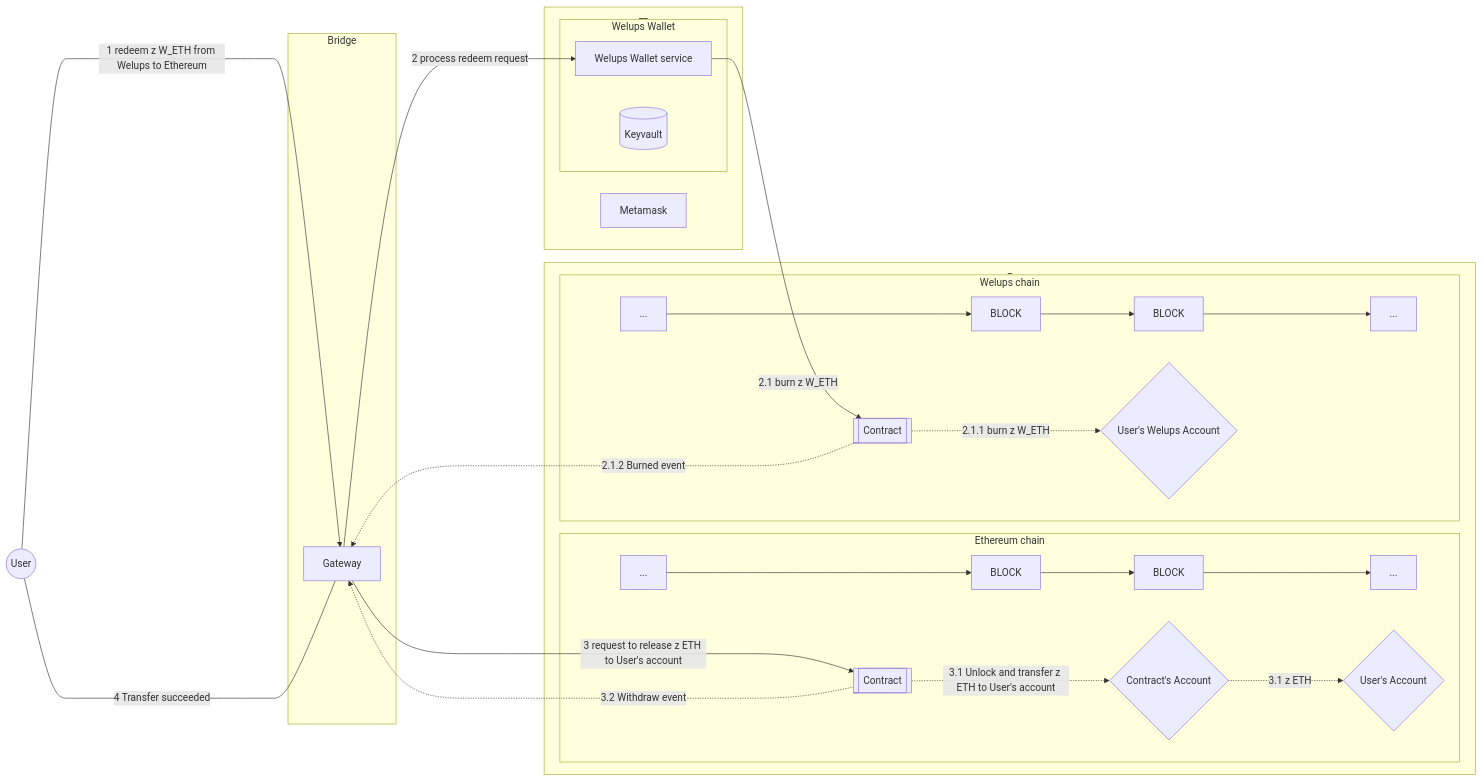
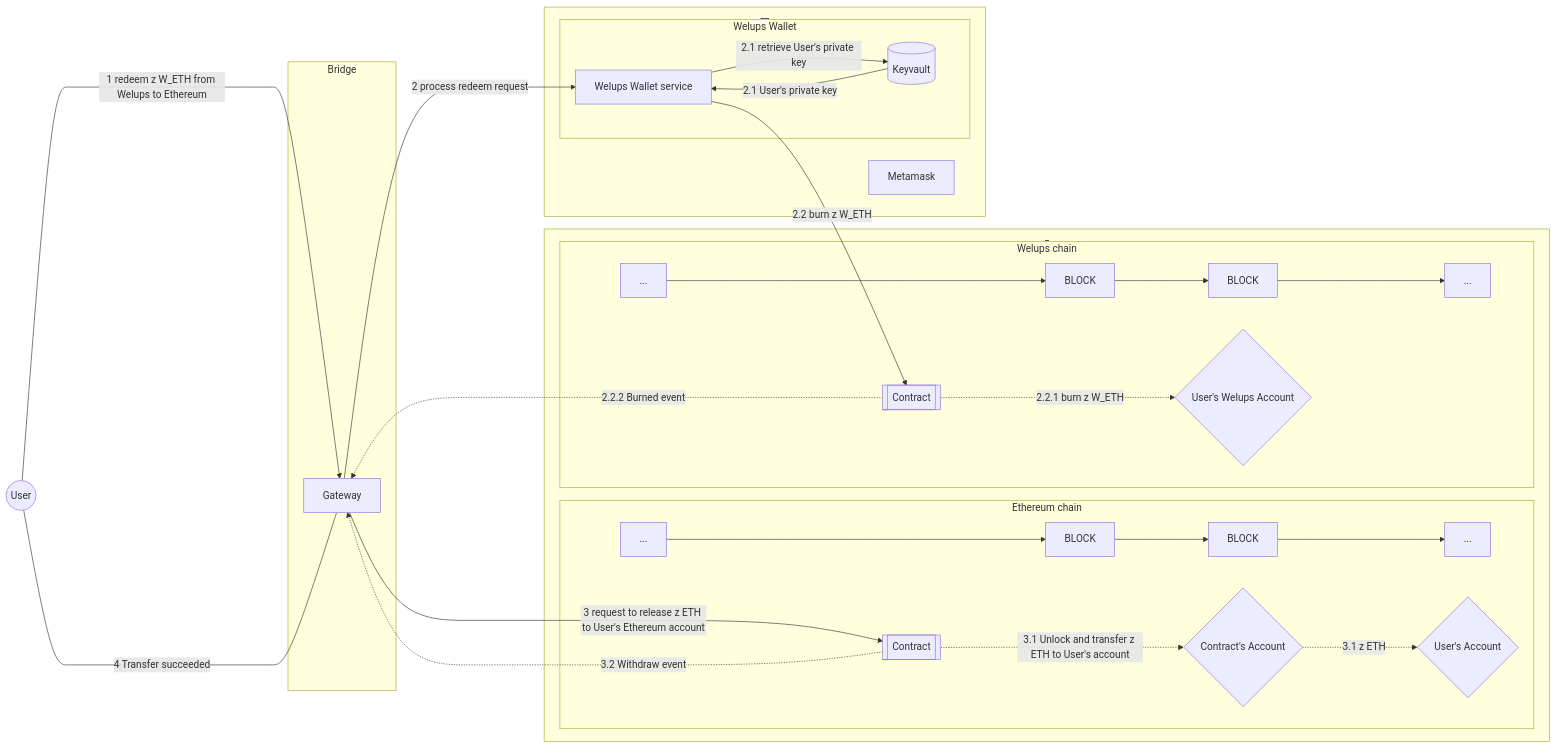
Before and after one commit to nhatanh002/bridges-plan: the diagram in chart-sources/release-eth.mermaid, drawn with Mermaid. The commit also changed 1 other file, not shown here.

Commit message:
Edited release chart

```diff
--- a/chart-sources/release-eth.mermaid
+++ b/chart-sources/release-eth.mermaid
@@ -1,42 +1,44 @@
 graph LR
     User((User )) 
     subgraph BRD [Bridge]
 
     G[Gateway]
          
     end
     subgraph _   
 
     subgraph ETH [Ethereum chain]
      Head1[...]--->A1[BLOCK]-->B1[BLOCK]--->Tail1[...]    
      C1[[Contract]]
      W1{User's Account}
      W2{Contract's Account}          
     end
 
     subgraph WEL [Welups chain]
      Head2[...]--->A2[BLOCK]-->B2[BLOCK]--->Tail2[...]
      C2[[Contract]]
      W3{User's Welups Account}
     end
     end
     subgraph __
      MM[Metamask]
      subgraph WWS[Welups Wallet]
        WW[Welups Wallet service]
        DB[(Keyvault)]
      end
     end
     
 
 User-----> |1 redeem z W_ETH from Welups to Ethereum|G
-G -- 2 process redeem request --> WW
-WW-- 2.1 burn z W_ETH -->C2
-C2-..->|2.1.1 burn z W_ETH|W3
-C2-..->|2.1.2 Burned event|G
+G-- 2 process redeem request -->WW
+WW-- 2.1 retrieve User's private key -->DB
+DB-- 2.1 User's private key -->WW
+WW-- 2.2 burn z W_ETH -->C2
+C2-..->|2.2.1 burn z W_ETH|W3
+C2-..->|2.2.2 Burned event|G
 
-G-- 3 request to release z ETH to User's account --> C1
-C1-..->|3.1 Unlock and transfer z ETH to User's account | W2
-W2-..->|3.1 z ETH| W1
+G-- 3 request to release z ETH to User's Ethereum account -->C1
+C1-..->|3.1 Unlock and transfer z ETH to User's account|W2
+W2-..->|3.1 z ETH|W1
 C1-..->|3.2 Withdraw event|G
 User<-----|4 Transfer succeeded|G
```
